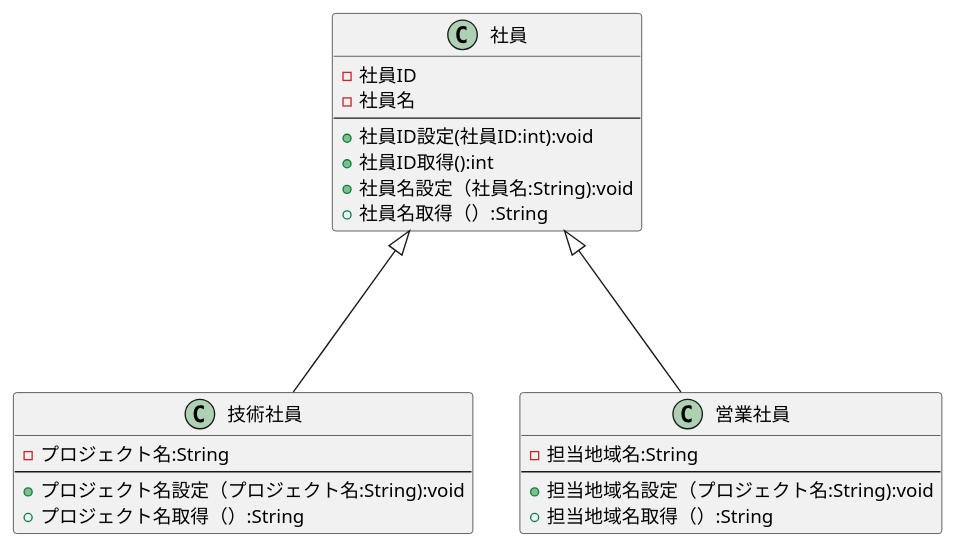
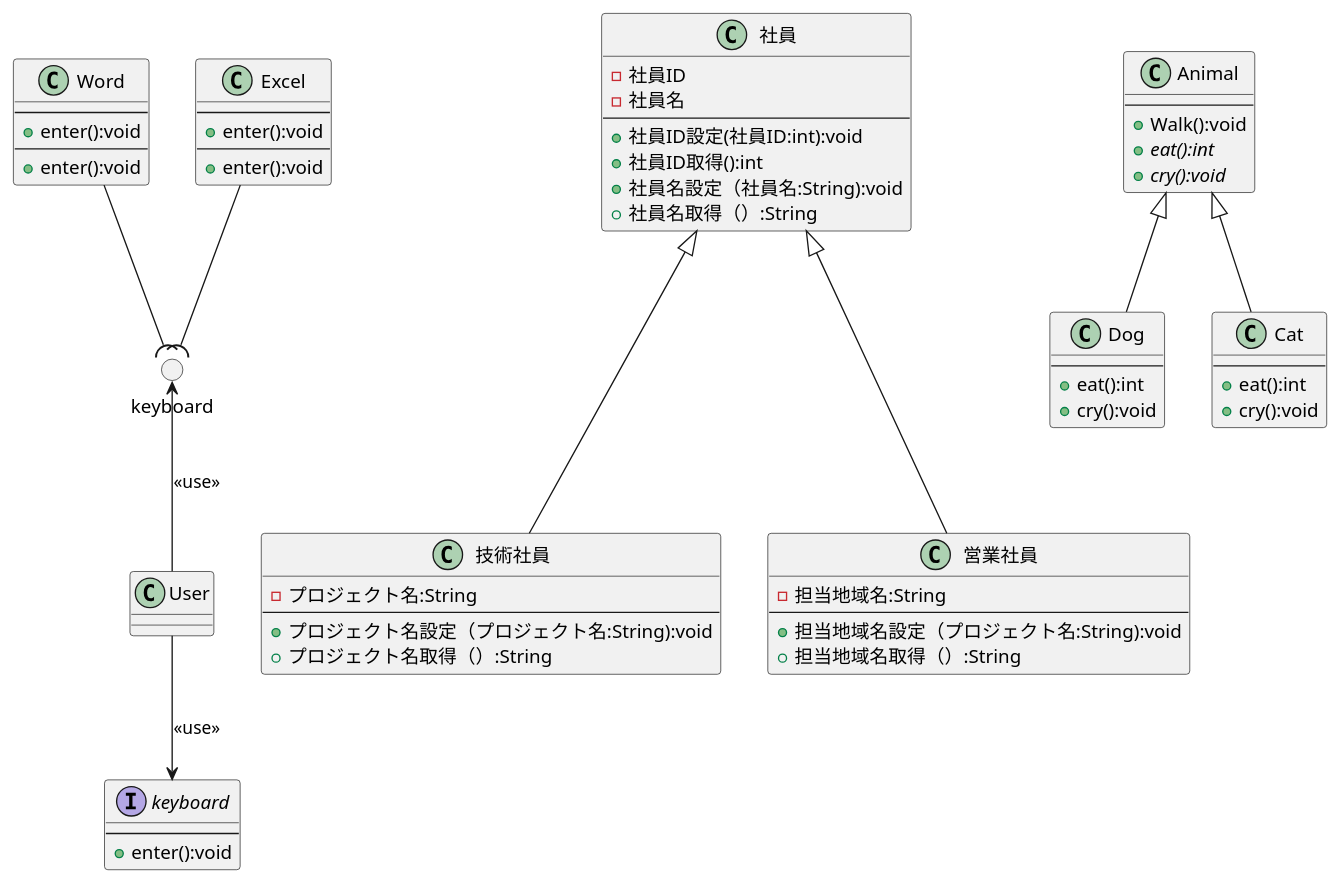
The diagram in 図3-3_継承・抽象・インターフェース.pu (Kuya0307/unl-introduction), drawn with PlantUML before and after one commit. The commit also changed 1 other file, not shown here.

```diff
--- a/図3-3_継承・抽象・インターフェース.pu
+++ b/図3-3_継承・抽象・インターフェース.pu
@@ -1,25 +1,83 @@
 @startuml クラス図
 class 社員{
 - 社員ID
 - 社員名
 ---
 + 社員ID設定(社員ID:int):void
 + 社員ID取得():int
 + 社員名設定（社員名:String):void
 + 社員名取得（）:String
 }
 class 技術社員{
 - プロジェクト名:String
 ---
 + プロジェクト名設定（プロジェクト名:String):void
 + プロジェクト名取得（）:String
 }
 class 営業社員{
 - 担当地域名:String
 ---
 + 担当地域名設定（プロジェクト名:String):void
 + 担当地域名取得（）:String
 }
 社員<|--down- 技術社員
 社員<|--down- 営業社員
+
+
+
+class Animal {
+---
++ Walk():void
++ {abstract} eat():int
++ {abstract} cry():void
+}
+class Dog {
+---
++ eat():int
++ cry():void
+}
+class Cat {
+---
++ eat():int
++ cry():void
+}
+Animal <|-down- Dog
+Animal <|-down- Cat
+
+
+class Word {
+---
++ enter():void
+}
+class Excel {
+---
++ enter():void
+}
+interface keyboard {
+' <<interface>>
+---
++ enter():void
+}
+' keyboard <|.. Word
+' keyboard <|.. Excel
+class User {
+}
+keyboard <-up- User:<< use >>
+
+
+
+class Word {
+---
++ enter():void
+}
+class Excel {
+---
++ enter():void
+}
+circle "keyboard" as I1
+Word --( I1
+Excel --( I1
+class User {
+}
+I1 <-- User:<< use >>
 @enduml
```
